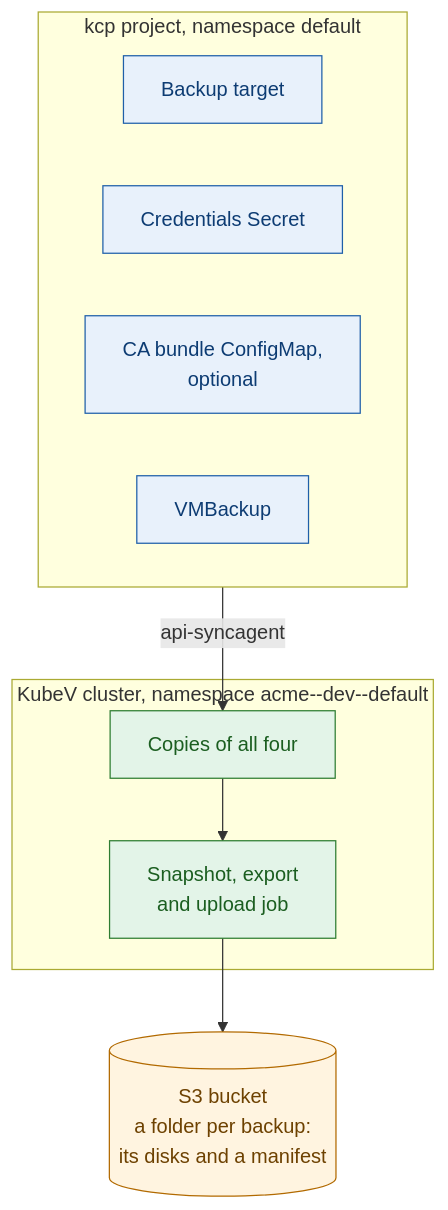
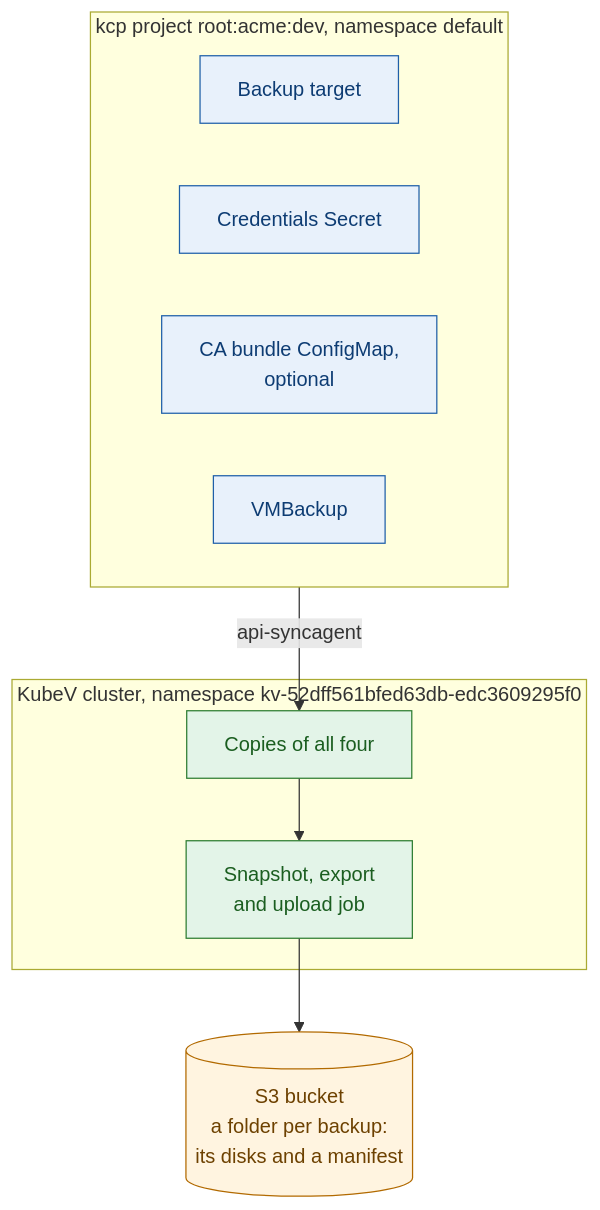
Before and after one commit to kubermatic/docs: the first of 3 diagrams in content/kubermatic-virtualization/main/kdp-integration/backups/_index.en.md, drawn with Mermaid. The commit also changed 8 other files, not shown here.

First line of the commit message:
Describe KubeV's hashed host namespaces

````diff
--- a/content/kubermatic-virtualization/main/kdp-integration/backups/_index.en.md
+++ b/content/kubermatic-virtualization/main/kdp-integration/backups/_index.en.md
@@ -23,25 +23,25 @@
 ```mermaid
 flowchart TB
-  subgraph kcp["kcp project, namespace default"]
+  subgraph kcp["kcp project root:acme:dev, namespace default"]
     bsl["Backup target"]
     sec["Credentials Secret"]
     ca["CA bundle ConfigMap,<br/>optional"]
     bk["VMBackup"]
   end
-  subgraph host["KubeV cluster, namespace acme--dev--default"]
+  subgraph host["KubeV cluster, namespace kv-52dff561bfed63db-edc3609295f0"]
     copies["Copies of all four"]
     job["Snapshot, export<br/>and upload job"]
   end
   s3[("S3 bucket<br/>a folder per backup:<br/>its disks and a manifest")]
 
   kcp -->|"api-syncagent"| copies
   copies --> job
   job --> s3
 
   classDef kdp fill:#e8f1fb,stroke:#1f5fa8,color:#0d3c73
   classDef kv fill:#e3f4e8,stroke:#2e7d32,color:#1b5e20
   classDef ext fill:#fff4e0,stroke:#b26a00,color:#6d4100
   class bsl,sec,ca,bk kdp
   class copies,job kv
   class s3 ext
 ```
````
